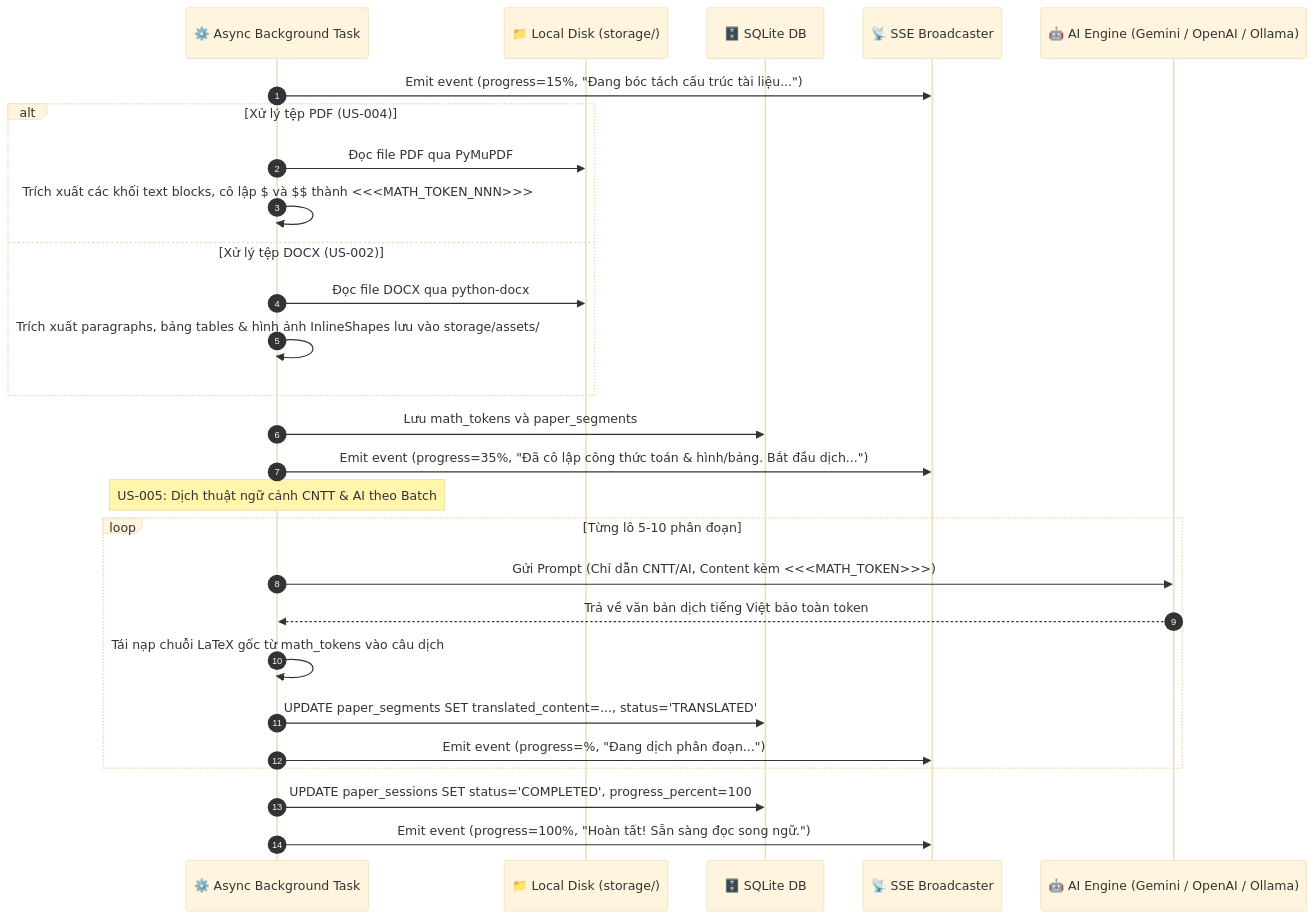
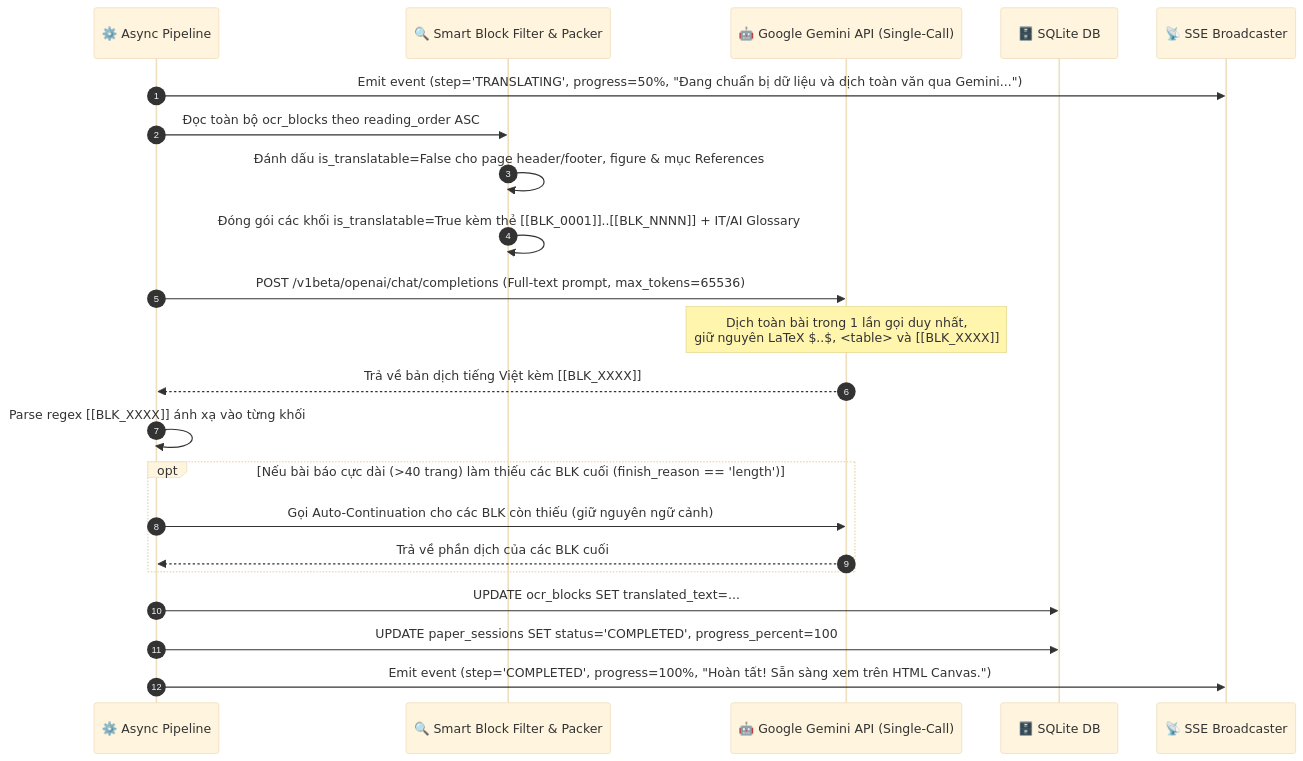
The second of 3 diagrams in docs/implementation/release-1/technical-design.md (phamvantienkiz/paper-translation), drawn with Mermaid (base theme) before and after one commit. The commit also changed other lines of this file and 23 other files, not shown here.

````diff
--- a/docs/implementation/release-1/technical-design.md
+++ b/docs/implementation/release-1/technical-design.md
@@ -58,34 +62,28 @@
 ```mermaid
 sequenceDiagram
     autonumber
-    participant Task as ⚙️ Async Background Task
-    participant Storage as 📁 Local Disk (storage/)
+    participant Task as ⚙️ Async Pipeline
+    participant Filter as 🔍 Smart Block Filter & Packer
+    participant Gemini as 🤖 Google Gemini API (Single-Call)
     participant DB as 🗄️ SQLite DB
     participant SSE as 📡 SSE Broadcaster
-    participant LLM as 🤖 AI Engine (Gemini / OpenAI / Ollama)
 
-    Task->>SSE: Emit event (progress=15%, "Đang bóc tách cấu trúc tài liệu...")
+    Task->>SSE: Emit event (step='TRANSLATING', progress=50%, "Đang chuẩn bị dữ liệu và dịch toàn văn qua Gemini...")
+    Task->>Filter: Đọc toàn bộ ocr_blocks theo reading_order ASC
+    Filter->>Filter: Đánh dấu is_translatable=False cho page header/footer, figure & mục References
+    Filter->>Filter: Đóng gói các khối is_translatable=True kèm thẻ [[BLK_0001]]..[[BLK_NNNN]] + IT/AI Glossary
     
-    alt Xử lý tệp PDF (US-004)
-        Task->>Storage: Đọc file PDF qua PyMuPDF
-        Task->>Task: Trích xuất các khối text blocks, cô lập $ và $$ thành <<<MATH_TOKEN_NNN>>>
-    else Xử lý tệp DOCX (US-002)
-        Task->>Storage: Đọc file DOCX qua python-docx
-        Task->>Task: Trích xuất paragraphs, bảng tables & hình ảnh InlineShapes lưu vào storage/assets/
+    Task->>Gemini: POST /v1beta/openai/chat/completions (Full-text prompt, max_tokens=65536)
+    Note over Gemini: Dịch toàn bài trong 1 lần gọi duy nhất,<br>giữ nguyên LaTeX $..$, <table> và [[BLK_XXXX]]
+    Gemini-->>Task: Trả về bản dịch tiếng Việt kèm [[BLK_XXXX]]
+
+    Task->>Task: Parse regex [[BLK_XXXX]] ánh xạ vào từng khối
+    opt Nếu bài báo cực dài (>40 trang) làm thiếu các BLK cuối (finish_reason == 'length')
+        Task->>Gemini: Gọi Auto-Continuation cho các BLK còn thiếu (giữ nguyên ngữ cảnh)
+        Gemini-->>Task: Trả về phần dịch của các BLK cuối
     end
 
-    Task->>DB: Lưu math_tokens và paper_segments
-    Task->>SSE: Emit event (progress=35%, "Đã cô lập công thức toán & hình/bảng. Bắt đầu dịch...")
-
-    Note over Task: US-005: Dịch thuật ngữ cảnh CNTT & AI theo Batch
-    loop Từng lô 5-10 phân đoạn
-        Task->>LLM: Gửi Prompt (Chỉ dẫn CNTT/AI, Content kèm <<<MATH_TOKEN>>>)
-        LLM-->>Task: Trả về văn bản dịch tiếng Việt bảo toàn token
-        Task->>Task: Tái nạp chuỗi LaTeX gốc từ math_tokens vào câu dịch
-        Task->>DB: UPDATE paper_segments SET translated_content=..., status='TRANSLATED'
-        Task->>SSE: Emit event (progress=%, "Đang dịch phân đoạn...")
-    end
-
+    Task->>DB: UPDATE ocr_blocks SET translated_text=...
     Task->>DB: UPDATE paper_sessions SET status='COMPLETED', progress_percent=100
-    Task->>SSE: Emit event (progress=100%, "Hoàn tất! Sẵn sàng đọc song ngữ.")
+    Task->>SSE: Emit event (step='COMPLETED', progress=100%, "Hoàn tất! Sẵn sàng xem trên HTML Canvas.")
 ```
````
